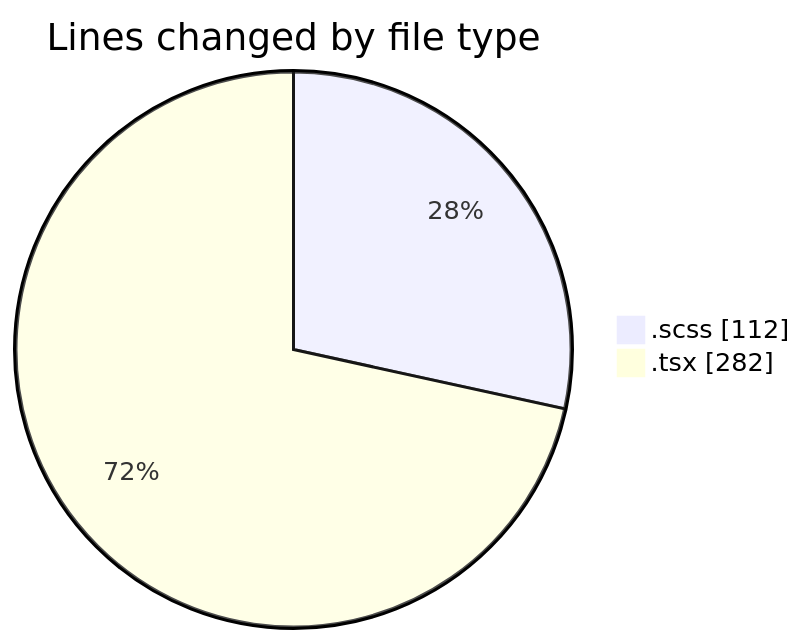
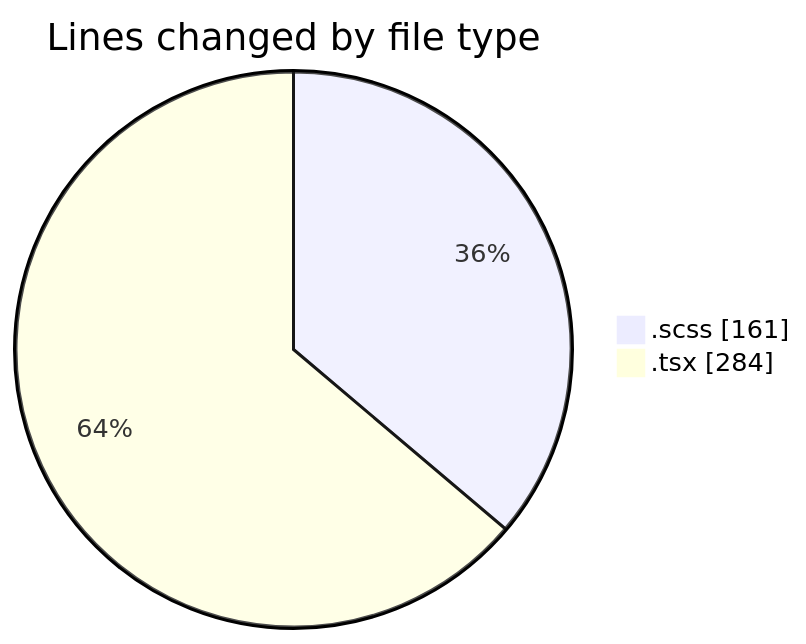
Before and after one commit to momahboobian/code-tracking: the first of 2 diagrams in 2025-07-10/cda/README.md, drawn with Mermaid. The commit also changed other lines of this file and 1 other file, not shown here.

````diff
--- a/2025-07-10/cda/README.md
+++ b/2025-07-10/cda/README.md
@@ -23,6 +26,6 @@
 ```mermaid
 pie showData
 title Lines changed by file type
-".scss" : 112
-".tsx" : 282
+".scss" : 161
+".tsx" : 284
 ```
````
